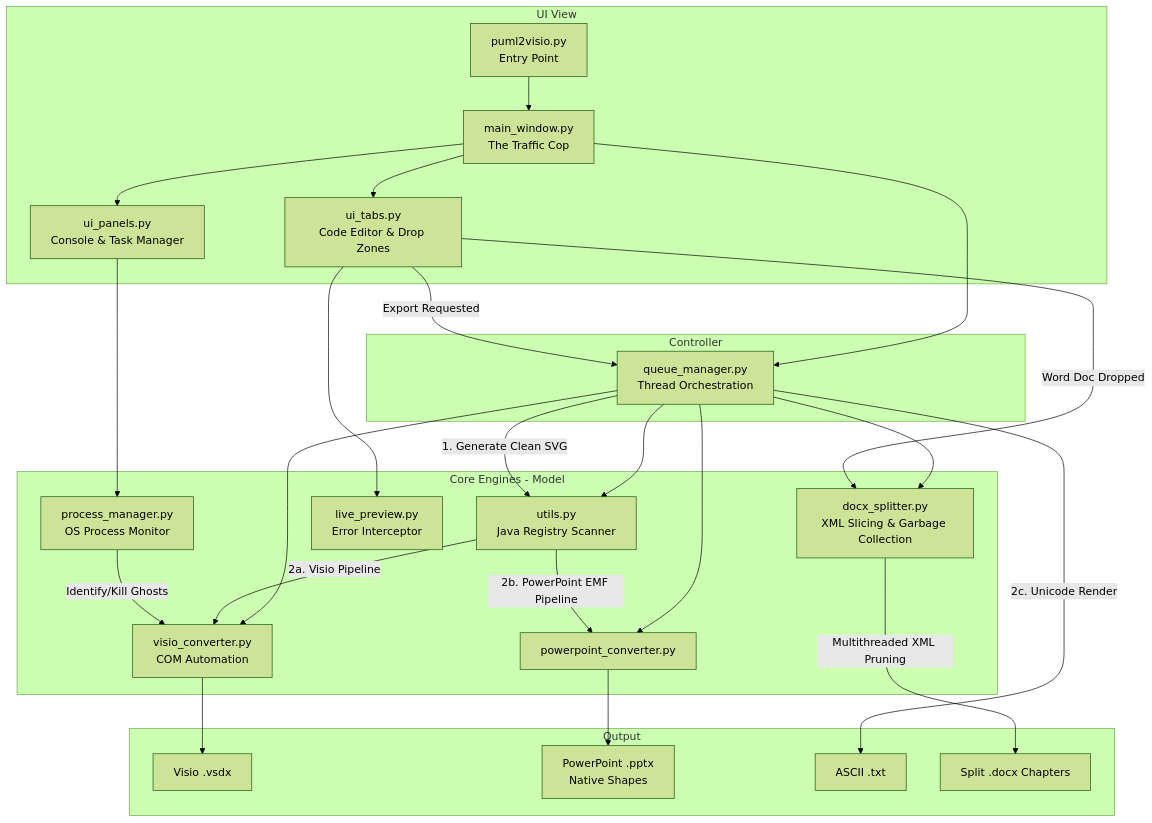
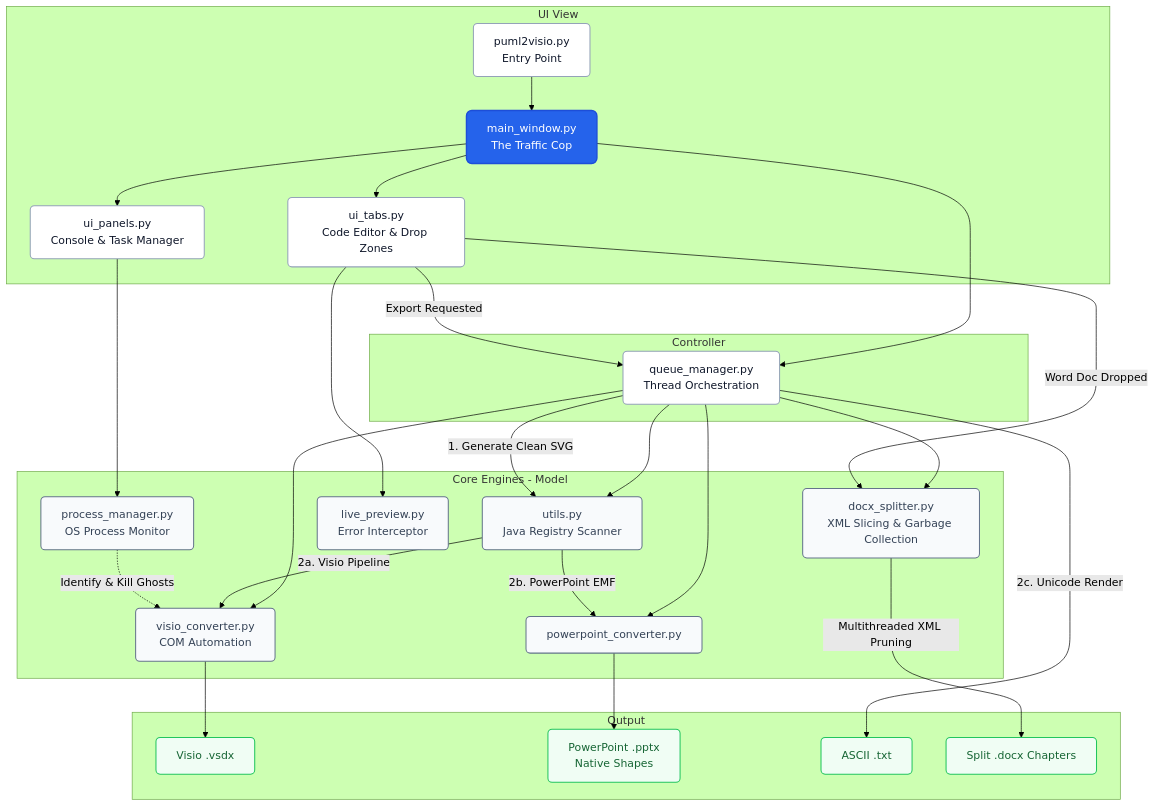
Before and after one commit to telekom/3gpp-meeting-tools: the diagram in puml2visio/README.md, drawn with Mermaid (forest theme). The commit also changed other lines of this file, not shown here.

Commit message:
Nicer architecture diagram

````diff
--- a/puml2visio/README.md
+++ b/puml2visio/README.md
@@ -37,44 +39,51 @@
 ```mermaid
 graph TD
+    %% Modern Styling Definitions
+    classDef default fill:#ffffff,stroke:#94a3b8,stroke-width:1.5px,color:#0f172a,rx:6,ry:6
+    classDef cop fill:#2563eb,stroke:#1d4ed8,stroke-width:2px,color:#ffffff,rx:8,ry:8
+    classDef engine fill:#f8fafc,stroke:#64748b,stroke-width:1.5px,color:#334155,rx:6,ry:6
+    classDef output fill:#f0fdf4,stroke:#22c55e,stroke-width:1.5px,color:#166534,rx:6,ry:6
+
     subgraph view [UI View]
-        E[puml2visio.py<br>Entry Point] --> M[main_window.py<br>The Traffic Cop]
+        E[puml2visio.py<br>Entry Point] --> M[main_window.py<br>The Traffic Cop]:::cop
         M --> T[ui_tabs.py<br>Code Editor & Drop Zones]
         M --> P[ui_panels.py<br>Console & Task Manager]
     end
 
     subgraph controller [Controller]
         M --> Q[queue_manager.py<br>Thread Orchestration]
     end
 
     subgraph model [Core Engines - Model]
-        Q --> J[utils.py<br>Java Registry Scanner]
-        Q --> V[visio_converter.py<br>COM Automation]
-        Q --> PPT[powerpoint_converter.py]
-        Q --> DOCX[docx_splitter.py<br>XML Slicing & Garbage Collection]
-        T --> LP[live_preview.py<br>Error Interceptor]
-        P --> PM[process_manager.py<br>OS Process Monitor]
+        Q --> J[utils.py<br>Java Registry Scanner]:::engine
+        Q --> V[visio_converter.py<br>COM Automation]:::engine
+        Q --> PPT[powerpoint_converter.py]:::engine
+        Q --> DOCX[docx_splitter.py<br>XML Slicing & Garbage Collection]:::engine
+        T --> LP[live_preview.py<br>Error Interceptor]:::engine
+        P --> PM[process_manager.py<br>OS Process Monitor]:::engine
     end
 
-    subgraph output [Output]
-        OutV[Visio .vsdx]
-        OutP[PowerPoint .pptx<br>Native Shapes]
-        OutA[ASCII .txt]
-        OutW[Split .docx Chapters]
+    subgraph output_group [Output]
+        OutV[Visio .vsdx]:::output
+        OutP[PowerPoint .pptx<br>Native Shapes]:::output
+        OutA[ASCII .txt]:::output
+        OutW[Split .docx Chapters]:::output
     end
 
+    %% Routing Data Flow
     T -- "Export Requested" --> Q
     Q -- "1. Generate Clean SVG" --> J
     
     J -- "2a. Visio Pipeline" --> V
     V --> OutV
 
-    J -- "2b. PowerPoint EMF Pipeline" --> PPT
+    J -- "2b. PowerPoint EMF" --> PPT
     PPT --> OutP
     
     Q -- "2c. Unicode Render" --> OutA
     
     T -- "Word Doc Dropped" --> DOCX
     DOCX -- "Multithreaded XML Pruning" --> OutW
     
-    PM -- "Identify/Kill Ghosts" --> V
+    PM -. "Identify & Kill Ghosts" .-> V
 ```
````
